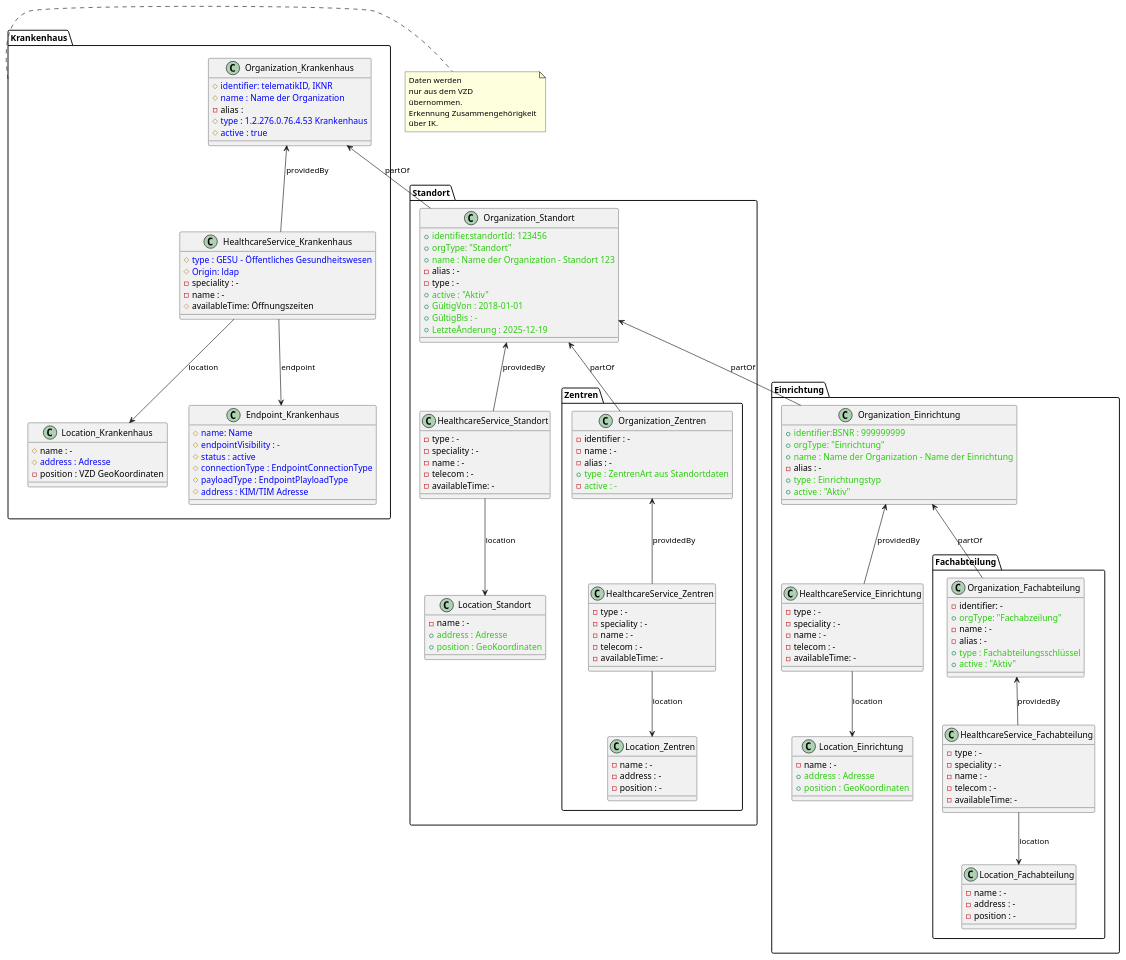
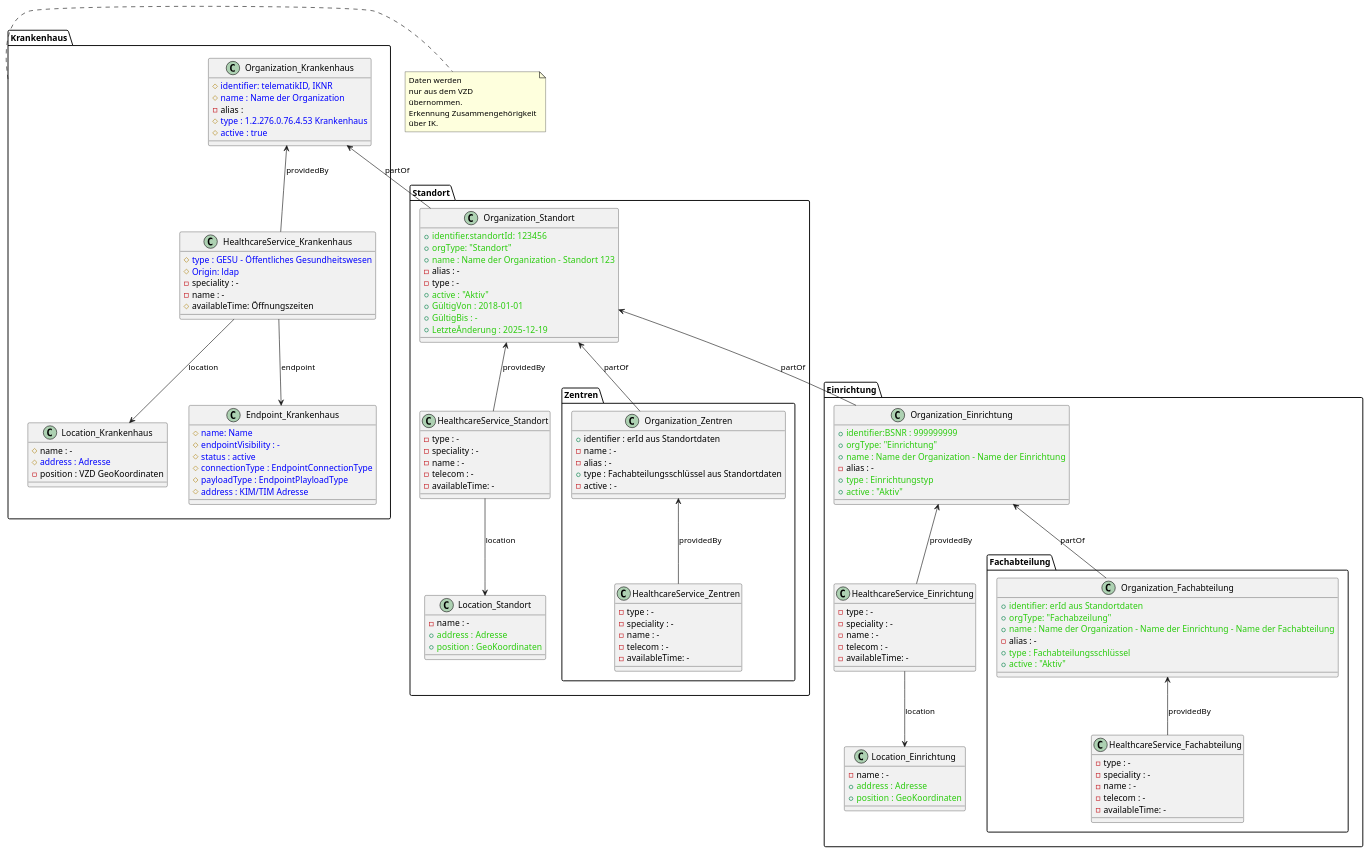
One commit to gematik/api-vzd changed the diagram in src/plantuml/OrgStruct/Standortverzeichnis.puml. Above: the diagram before and after it, drawn with PlantUML.

```diff
--- a/src/plantuml/OrgStruct/Standortverzeichnis.puml
+++ b/src/plantuml/OrgStruct/Standortverzeichnis.puml
@@ -1,182 +1,168 @@
 @startuml
 
 package "Krankenhaus" {
 
 class Organization_Krankenhaus {
 #<color:#0000FF>identifier: telematikID, IKNR</color> 
 #<color:#0000FF>name : Name der Organization</color>
 -alias : 
 #<color:#0000FF>type : 1.2.276.0.76.4.53 Krankenhaus</color>
 #<color:#0000FF>active : true</color>
 }
 
 class HealthcareService_Krankenhaus {
 #<color:#0000FF>type : GESU - Öffentliches Gesundheitswesen</color>
 #<color:#0000FF>Origin: ldap</color>
 -speciality : -
 -name : -
 #availableTime: Öffnungszeiten
 }
 
 Organization_Krankenhaus <-- HealthcareService_Krankenhaus : providedBy
 HealthcareService_Krankenhaus --> Location_Krankenhaus : location
 HealthcareService_Krankenhaus --> Endpoint_Krankenhaus : endpoint
 
 
 class Location_Krankenhaus {
 #name : -
 #<color:#0000FF>address : Adresse</color>
 -position : VZD GeoKoordinaten
 }
 
 class Endpoint_Krankenhaus {
 #<color:#0000FF>name: Name</color>
 #<color:#0000FF>endpointVisibility : -</color>
 #<color:#0000FF>status : active</color>
 #<color:#0000FF>connectionType : EndpointConnectionType</color>
 #<color:#0000FF>payloadType : EndpointPlayloadType</color>
 #<color:#0000FF>address : KIM/TIM Adresse</color>
 }
 
 }
 
 note right of Krankenhaus 
    Daten werden
    nur aus dem VZD
    übernommen.
    Erkennung Zusammengehörigkeit
    über IK.
 end note   
 
 package "Standort" {
 
 class Organization_Standort {
 +<color:#2bcc0e>identifier.standortId: 123456</color>
 +<color:#2bcc0e>orgType: "Standort"</color>
 +<color:#2bcc0e>name : Name der Organization - Standort 123</color>
 -alias : -
 -type : -
 +<color:#2bcc0e>active : "Aktiv"</color>
 +<color:#2bcc0e>GültigVon : 2018-01-01</color>
 +<color:#2bcc0e>GültigBis : -</color>
 +<color:#2bcc0e>LetzteÄnderung : 2025-12-19</color>
 }
 
 Organization_Krankenhaus <-- Organization_Standort : "partOf"
 HealthcareService_Krankenhaus -[hidden]right-> Organization_Standort
 
 class HealthcareService_Standort {
 -type : -
 -speciality : -
 -name : -
 -telecom : -
 -availableTime: -
 }
 
 HealthcareService_Standort --> Location_Standort : location
 Organization_Standort <-- HealthcareService_Standort : providedBy
 
 class Location_Standort {
 -name : -
 +<color:#2bcc0e>address : Adresse</color>
 +<color:#2bcc0e>position : GeoKoordinaten</color>
 }
 
 package "Zentren" {
 
 class Organization_Zentren {
--identifier : -
++identifier : erId aus Standortdaten
 -name : -
 -alias : -
-+<color:#2bcc0e>type : ZentrenArt aus Standortdaten</color>
--<color:#2bcc0e>active : -</color>
++type : Fachabteilungsschlüssel aus Standortdaten
+-active : -
 }
 
 Organization_Standort <-down- Organization_Zentren : "partOf"
 
 class HealthcareService_Zentren {
 -type : -
 -speciality : -
 -name : -
 -telecom : -
 -availableTime: -
 }
 
-HealthcareService_Zentren --> Location_Zentren : location
 Organization_Zentren <-- HealthcareService_Zentren : providedBy
-
-class Location_Zentren {
--name : -
--address : -
--position : -
-}
 
 }
 
 }
 
 package "Einrichtung" {
 
 class Organization_Einrichtung {
 +<color:#2bcc0e>identifier:BSNR : 999999999</color>
 +<color:#2bcc0e>orgType: "Einrichtung"</color>
 +<color:#2bcc0e>name : Name der Organization - Name der Einrichtung</color>
 -alias : -
 +<color:#2bcc0e>type : Einrichtungstyp</color>
 +<color:#2bcc0e>active : "Aktiv"</color>
 }
 
 Organization_Standort <-- Organization_Einrichtung : "partOf"
 
 class HealthcareService_Einrichtung {
 -type : -
 -speciality : -
 -name : -
 -telecom : -
 -availableTime: -
 }
 
 HealthcareService_Einrichtung --> Location_Einrichtung : location
 Organization_Einrichtung <-- HealthcareService_Einrichtung : providedBy
 
 class Location_Einrichtung {
 -name : -
 +<color:#2bcc0e>address : Adresse</color>
 +<color:#2bcc0e>position : GeoKoordinaten</color>
 }
 
 package "Fachabteilung" {
 
 class Organization_Fachabteilung {
--identifier: -
++<color:#2bcc0e>identifier: erId aus Standortdaten</color>
 +<color:#2bcc0e>orgType: "Fachabzeilung"</color>
--name : -
++<color:#2bcc0e>name : Name der Organization - Name der Einrichtung - Name der Fachabteilung</color>
 -alias : -
 +<color:#2bcc0e>type : Fachabteilungsschlüssel</color>
 +<color:#2bcc0e>active : "Aktiv"</color>
 }
 
 Organization_Einrichtung <-- Organization_Fachabteilung : "partOf"
 
 class HealthcareService_Fachabteilung {
 -type : -
 -speciality : -
 -name : -
 -telecom : -
 -availableTime: -
 }
 
-HealthcareService_Fachabteilung --> Location_Fachabteilung : location
 Organization_Fachabteilung <-- HealthcareService_Fachabteilung : providedBy
-
-class Location_Fachabteilung {
--name : -
--address : -
--position : -
-}
 
 }
 
 }
 
 @enduml
```
